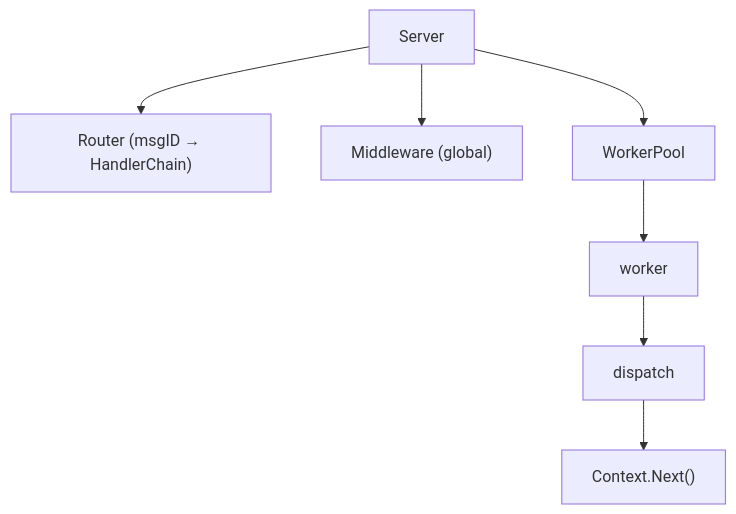
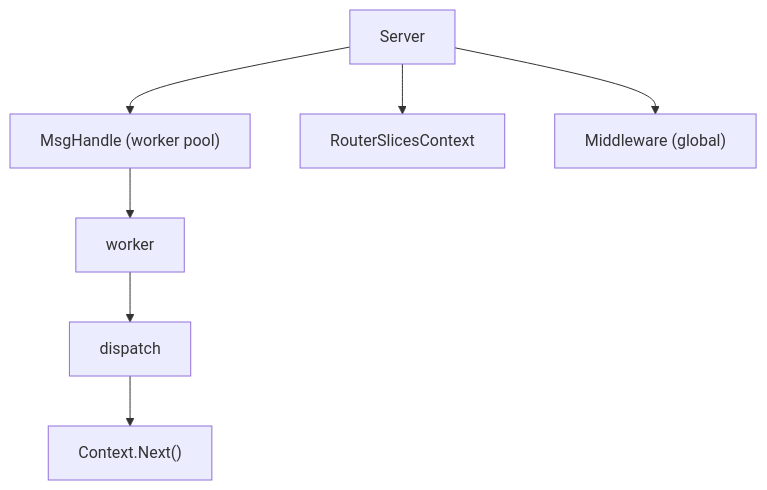
One commit to aceld/zinx changed the first of 2 diagrams in upgrade.md. Above: the diagram before and after it, drawn with Mermaid. The commit also changed other lines of this file and 8 other files, not shown here.

````diff
--- a/upgrade.md
+++ b/upgrade.md
@@ -20,9 +64,9 @@
 ```mermaid
 graph TD
-    Server --> Router["Router (msgID → HandlerChain)"]
+    Server --> MsgHandler["MsgHandle (worker pool)"]
+    Server --> RouterSlicesContext["RouterSlicesContext"]
     Server --> Middleware["Middleware (global)"]
-    Server --> WorkerPool["WorkerPool"]
-    WorkerPool --> Worker["worker"]
+    MsgHandler --> Worker["worker"]
     Worker --> Dispatch["dispatch"]
     Dispatch --> ContextNext["Context.Next()"]
 ```
````
